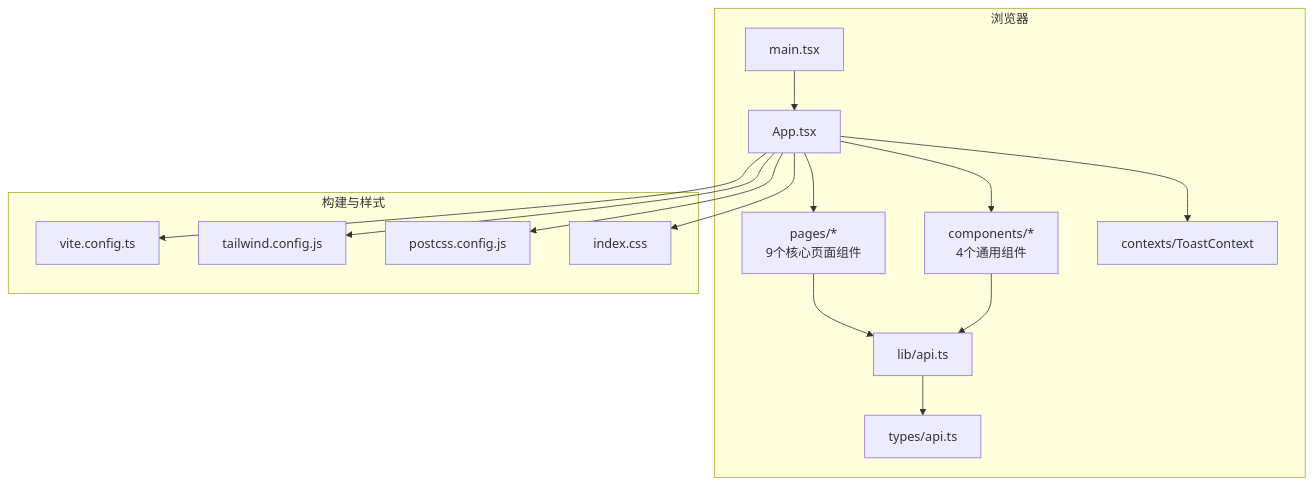
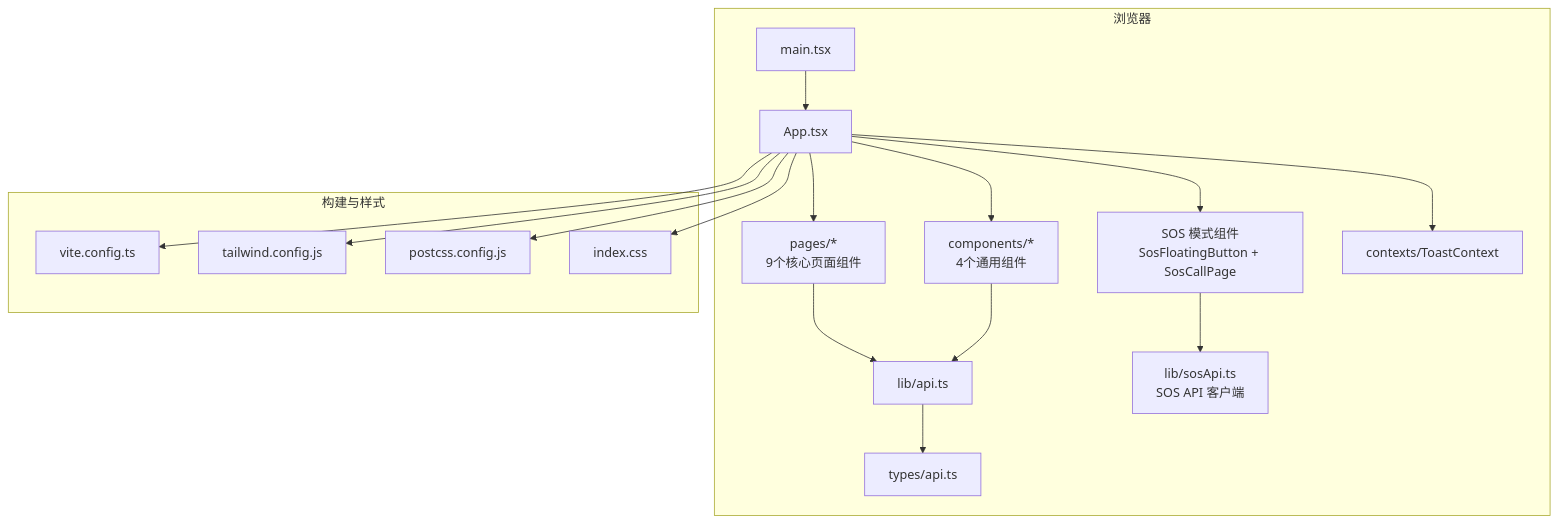
One commit to kudig-io/klaw changed the second of 9 diagrams in .qoder/repowiki/zh/content/Web前端应用/Web前端应用.md. Above: the diagram before and after it, drawn with Mermaid. The commit also changed other lines of this file and 232 other files, not shown here.

````diff
--- a/.qoder/repowiki/zh/content/Web前端应用/Web前端应用.md
+++ b/.qoder/repowiki/zh/content/Web前端应用/Web前端应用.md
@@ -176,22 +186,24 @@
 ```mermaid
 graph TB
 subgraph "浏览器"
 M["main.tsx"] --> A["App.tsx"]
 A --> P["pages/*<br/>9个核心页面组件"]
 A --> C["components/*<br/>4个通用组件"]
+A --> S["SOS 模式组件<br/>SosFloatingButton + SosCallPage"]
 A --> CTX["contexts/ToastContext"]
 P --> L["lib/api.ts"]
 C --> L
+S --> SA["lib/sosApi.ts<br/>SOS API 客户端"]
 L --> T["types/api.ts"]
 end
 subgraph "构建与样式"
 V["vite.config.ts"]
 TW["tailwind.config.js"]
 PC["postcss.config.js"]
 IC["index.css"]
 end
 A --> V
 A --> TW
 A --> PC
 A --> IC
 ```
````
